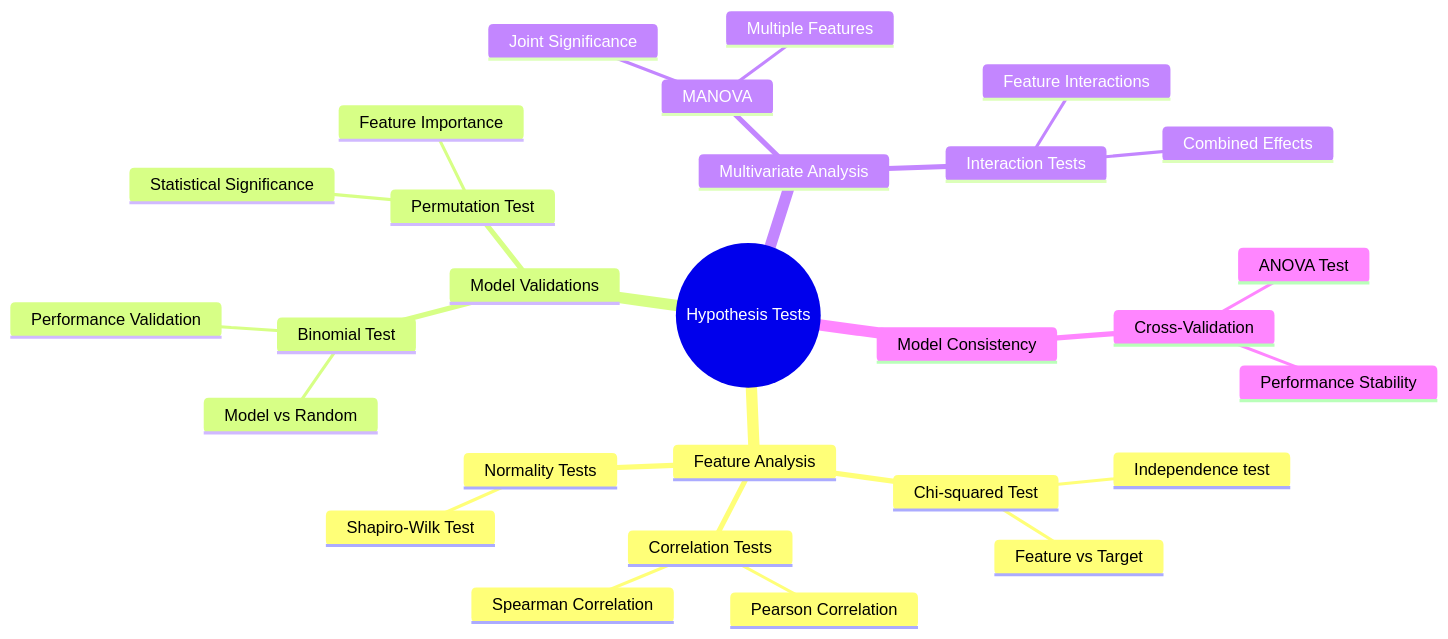
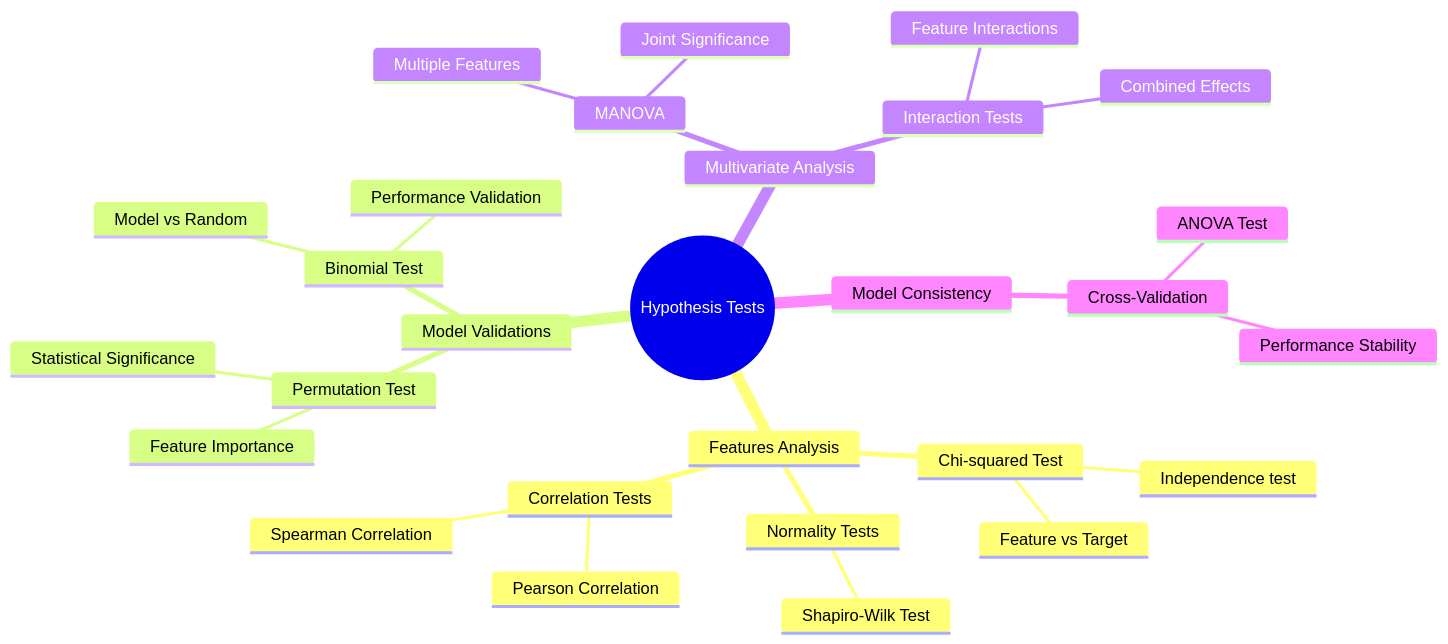
One commit to dhruvsh1997/Hypothesis-Testing-in-Machine-Learning changed the second of 3 diagrams in README.MD. Above: the diagram before and after it, drawn with Mermaid.

````diff
--- a/README.MD
+++ b/README.MD
@@ -51,31 +51,31 @@
 ```mermaid
 mindmap
   root((Hypothesis Tests))
-    Feature Analysis
+    Features Analysis
       Chi-squared Test
         Independence test
         Feature vs Target
       Correlation Tests
         Pearson Correlation
         Spearman Correlation
       Normality Tests
         Shapiro-Wilk Test
     Model Validations
       Binomial Test
         Model vs Random
         Performance Validation
       Permutation Test
         Feature Importance
         Statistical Significance
     Multivariate Analysis
       MANOVA
         Multiple Features
         Joint Significance
       Interaction Tests
         Feature Interactions
         Combined Effects
     Model Consistency
       Cross-Validation
         Performance Stability
         ANOVA Test
 ```
````
